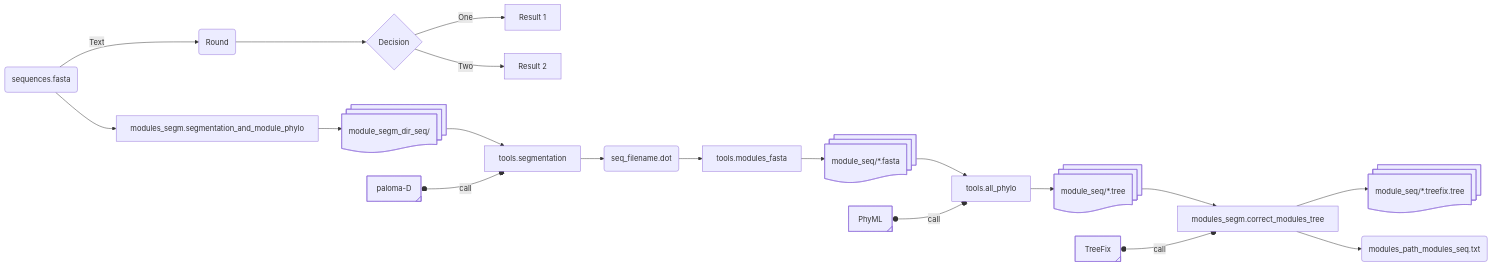
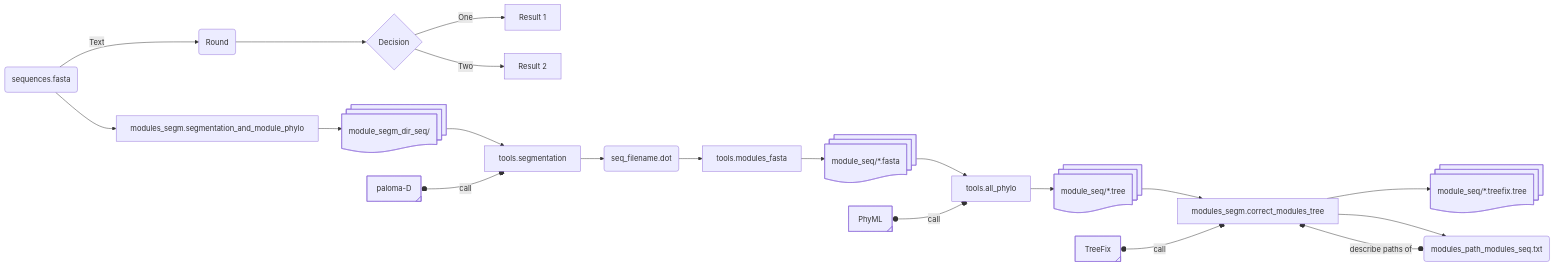
Before and after one commit to OcMalde/fuse-phylotree: the diagram in README.md, drawn with Mermaid.

Commit message:
readme mermaid test

````diff
--- a/README.md
+++ b/README.md
@@ -19,26 +19,27 @@
 ```mermaid
 flowchart LR
 
 A[Hard] -->|Text| B(Round)
 B --> C{Decision}
 C -->|One| D[Result 1]
 C -->|Two| E[Result 2]
 
 
 
 A(sequences.fasta) --> m1[modules_segm.segmentation_and_module_phylo]
 m1 --> m2@{ shape: docs, label: "module_segm_dir_seq/" }
 m2 --> m3[tools.segmentation]
 m5@{ shape: tag-rect, label: "paloma-D" } o--o|call| m3
 m3 --> m4(seq_filename.dot)
 m4 --> m6[tools.modules_fasta]
 m6 --> m7@{ shape: docs, label: "module_seq/*.fasta" }
 m7 --> m8[tools.all_phylo]
 m9@{ shape: tag-rect, label: "PhyML" } o--o|call| m8
 m8 --> m12@{ shape: docs, label: "module_seq/*.tree" }
 m12 --> m10[modules_segm.correct_modules_tree]
 m11@{ shape: tag-rect, label: "TreeFix" } o--o|call| m10
 m10 --> m13@{ shape: docs, label: "module_seq/*.treefix.tree" }
 m10 --> m14(modules_path_modules_seq.txt)
+m10 o--o|describe paths of| m14
 
 ```
````
